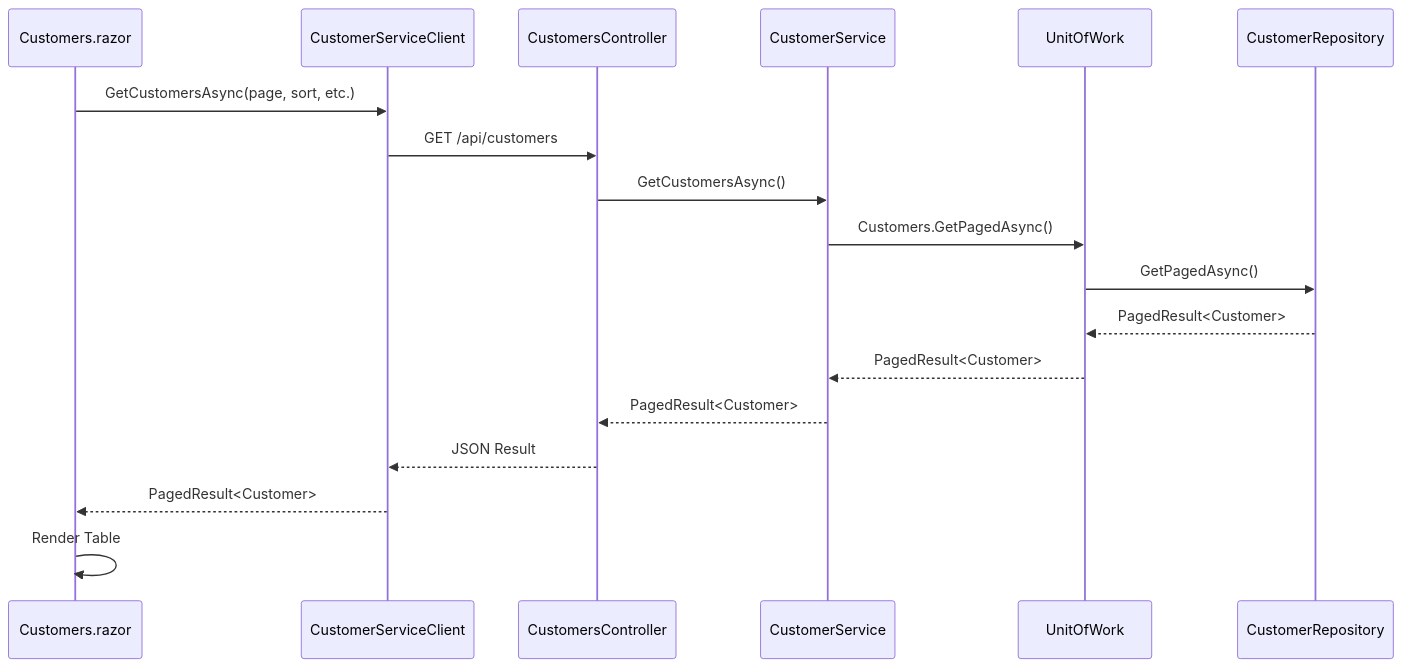
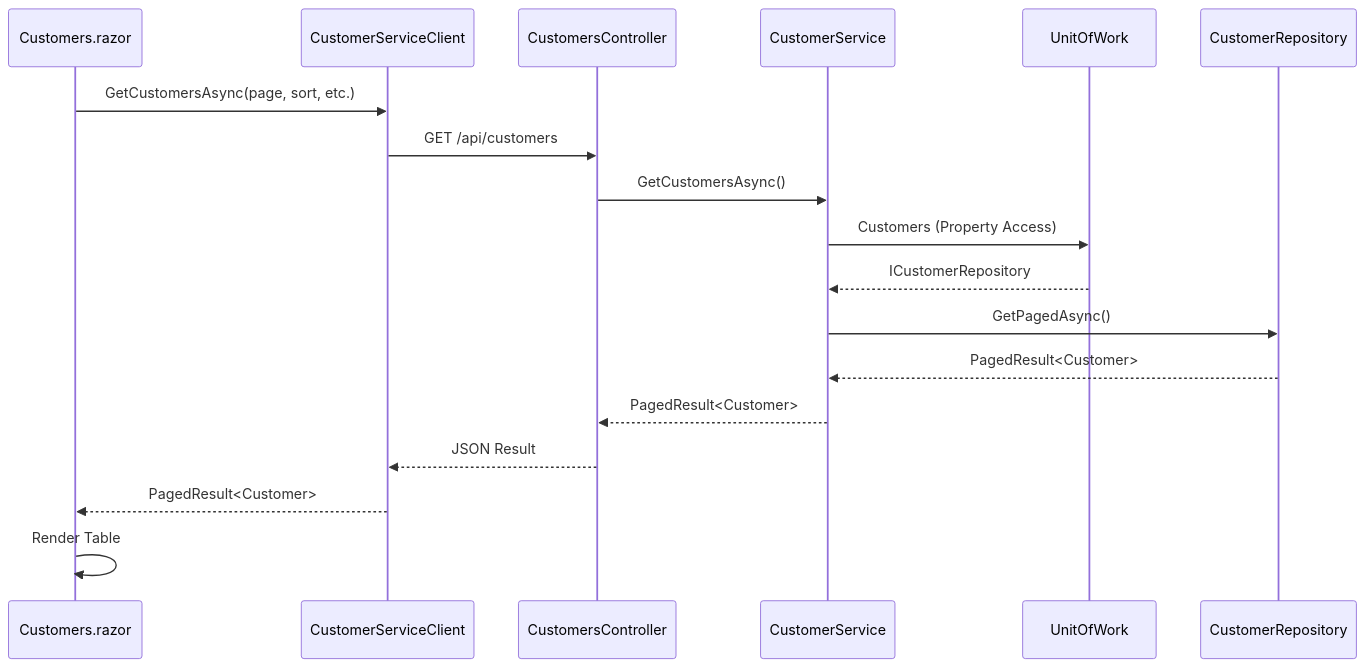
One commit to nbellias/EpsilonWebApp changed the fourth of 8 diagrams in README.md. Above: the diagram before and after it, drawn with Mermaid. The commit also changed other lines of this file and 24 other files, not shown here.

````diff
--- a/README.md
+++ b/README.md
@@ -177,21 +195,21 @@
 ```mermaid
 sequenceDiagram
     participant UI as Customers.razor
     participant Client as CustomerServiceClient
     participant API as CustomersController
     participant Service as CustomerService
     participant UoW as UnitOfWork
     participant Repo as CustomerRepository
 
     UI->>Client: GetCustomersAsync(page, sort, etc.)
     Client->>API: GET /api/customers
     API->>Service: GetCustomersAsync()
-    Service->>UoW: Customers.GetPagedAsync()
-    UoW->>Repo: GetPagedAsync()
-    Repo-->>UoW: PagedResult<Customer>
-    UoW-->>Service: PagedResult<Customer>
+    Service->>UoW: Customers (Property Access)
+    UoW-->>Service: ICustomerRepository
+    Service->>Repo: GetPagedAsync()
+    Repo-->>Service: PagedResult<Customer>
     Service-->>API: PagedResult<Customer>
     API-->>Client: JSON Result
     Client-->>UI: PagedResult<Customer>
     UI->>UI: Render Table
 ```
````
